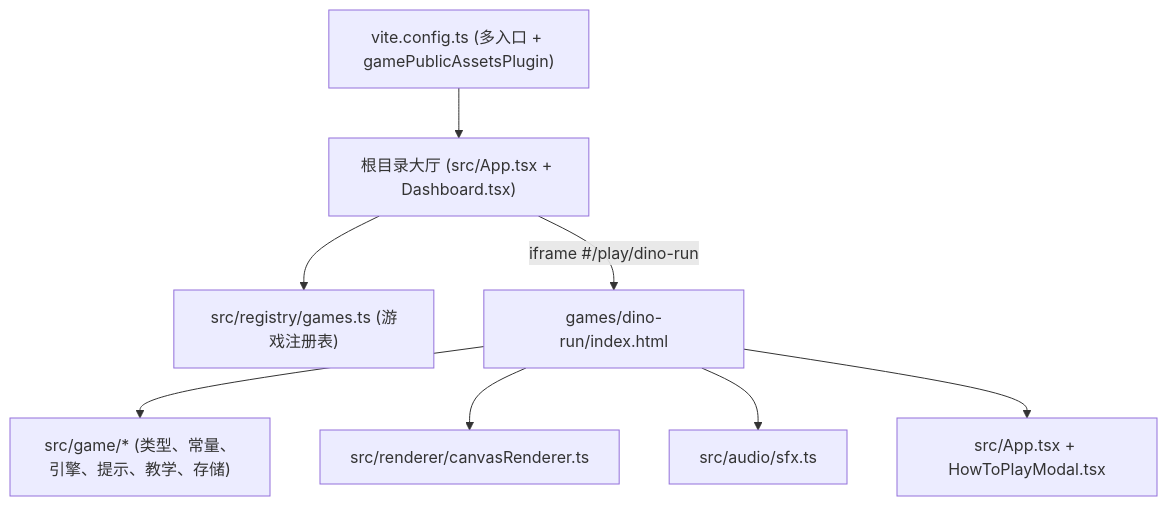
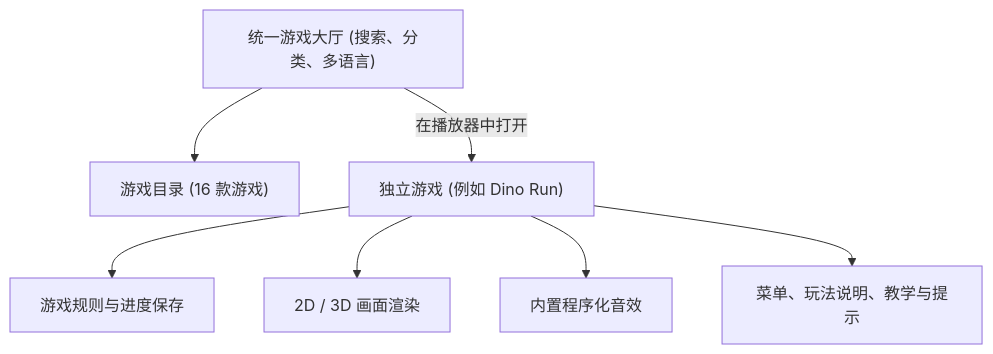
Before and after one commit to vuhung16au/gemini-games: the diagram in courses/day-03-project-architecture/README.zh.md, drawn with Mermaid. The commit also changed other lines of this file and 30 other files, not shown here.

````diff
--- a/courses/day-03-project-architecture/README.zh.md
+++ b/courses/day-03-project-architecture/README.zh.md
@@ -12,11 +12,9 @@
 ```mermaid
 flowchart TD
-  Root["vite.config.ts (多入口 + gamePublicAssetsPlugin)"]
-  Root --> Hub["根目录大厅 (src/App.tsx + Dashboard.tsx)"]
-  Hub --> Reg["src/registry/games.ts (游戏注册表)"]
-  Hub -->|iframe #/play/dino-run| Dino["games/dino-run/index.html"]
-  Dino --> Sim["src/game/* (类型、常量、引擎、提示、教学、存储)"]
-  Dino --> Render["src/renderer/canvasRenderer.ts"]
-  Dino --> SFX["src/audio/sfx.ts"]
-  Dino --> UI["src/App.tsx + HowToPlayModal.tsx"]
+  Hub["统一游戏大厅 (搜索、分类、多语言)"] --> Reg["游戏目录 (16 款游戏)"]
+  Hub -->|在播放器中打开| Dino["独立游戏 (例如 Dino Run)"]
+  Dino --> Sim["游戏规则与进度保存"]
+  Dino --> Render["2D / 3D 画面渲染"]
+  Dino --> SFX["内置程序化音效"]
+  Dino --> UI["菜单、玩法说明、教学与提示"]
 ```
````
